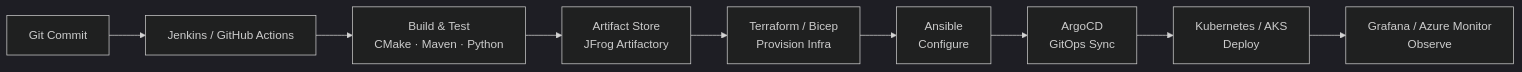
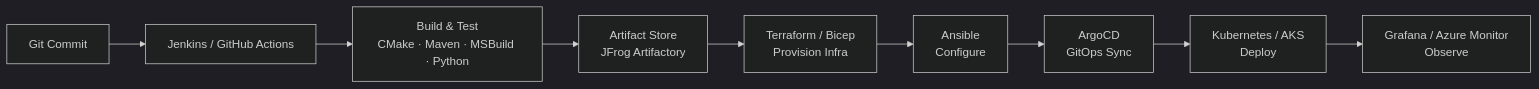
One commit to penchalj/penchalj changed the diagram in README.md. Above: the diagram before and after it, drawn with Mermaid (dark theme). The commit also changed other lines of this file, not shown here.

````diff
--- a/README.md
+++ b/README.md
@@ -58,11 +58,11 @@
 ```mermaid
 flowchart LR
     A[Git Commit] --> B[Jenkins / GitHub Actions]
-    B --> C[Build & Test<br/>CMake · Maven · Python]
+    B --> C[Build & Test<br/>CMake · Maven · MSBuild · Python]
     C --> D[Artifact Store<br/>JFrog Artifactory]
     D --> E[Terraform / Bicep<br/>Provision Infra]
     E --> F[Ansible<br/>Configure]
     F --> G[ArgoCD<br/>GitOps Sync]
     G --> H[Kubernetes / AKS<br/>Deploy]
     H --> I[Grafana / Azure Monitor<br/>Observe]
 ```
````
